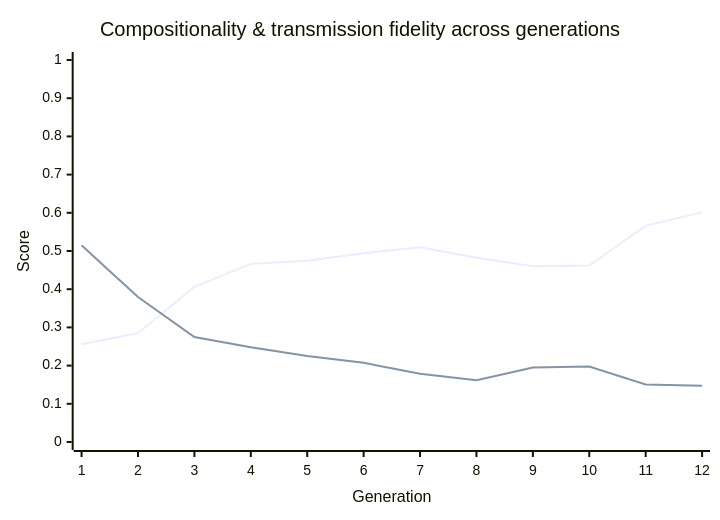
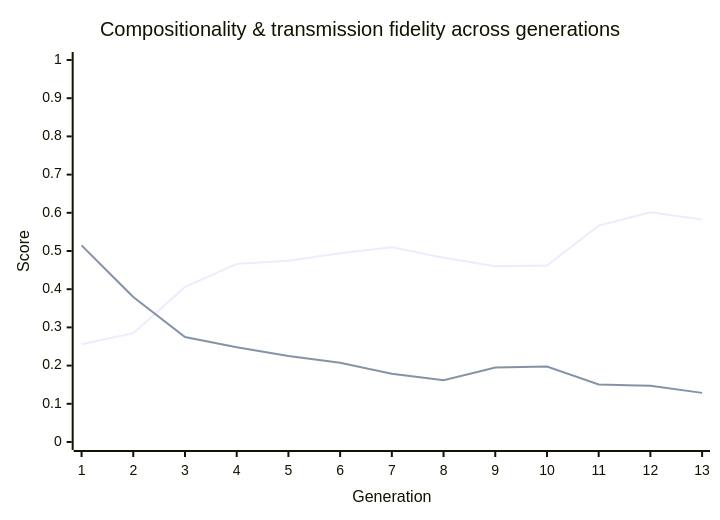
The diagram in metrics/latest-report.md (nichobbs/traditio), drawn with Mermaid before and after one commit. The commit also changed other lines of this file and 1 other file, not shown here.

````diff
--- a/metrics/latest-report.md
+++ b/metrics/latest-report.md
@@ -40,8 +40,8 @@
 ```mermaid
 xychart-beta
     title "Compositionality & transmission fidelity across generations"
-    x-axis "Generation" [1, 2, 3, 4, 5, 6, 7, 8, 9, 10, 11, 12]
+    x-axis "Generation" [1, 2, 3, 4, 5, 6, 7, 8, 9, 10, 11, 12, 13]
     y-axis "Score" 0 --> 1
-    line "Compositionality" [0.2559, 0.2849, 0.4060, 0.4663, 0.4745, 0.4941, 0.5099, 0.4826, 0.4603, 0.4619, 0.5665, 0.6011]
-    line "Transmission Fidelity" [0.5148, 0.3796, 0.2746, 0.2481, 0.2251, 0.2074, 0.1785, 0.1615, 0.1949, 0.1977, 0.1504, 0.1472]
+    line "Compositionality" [0.2559, 0.2849, 0.4060, 0.4663, 0.4745, 0.4941, 0.5099, 0.4826, 0.4603, 0.4619, 0.5665, 0.6011, 0.5822]
+    line "Transmission Fidelity" [0.5148, 0.3796, 0.2746, 0.2481, 0.2251, 0.2074, 0.1785, 0.1615, 0.1949, 0.1977, 0.1504, 0.1472, 0.1286]
 ```
````
